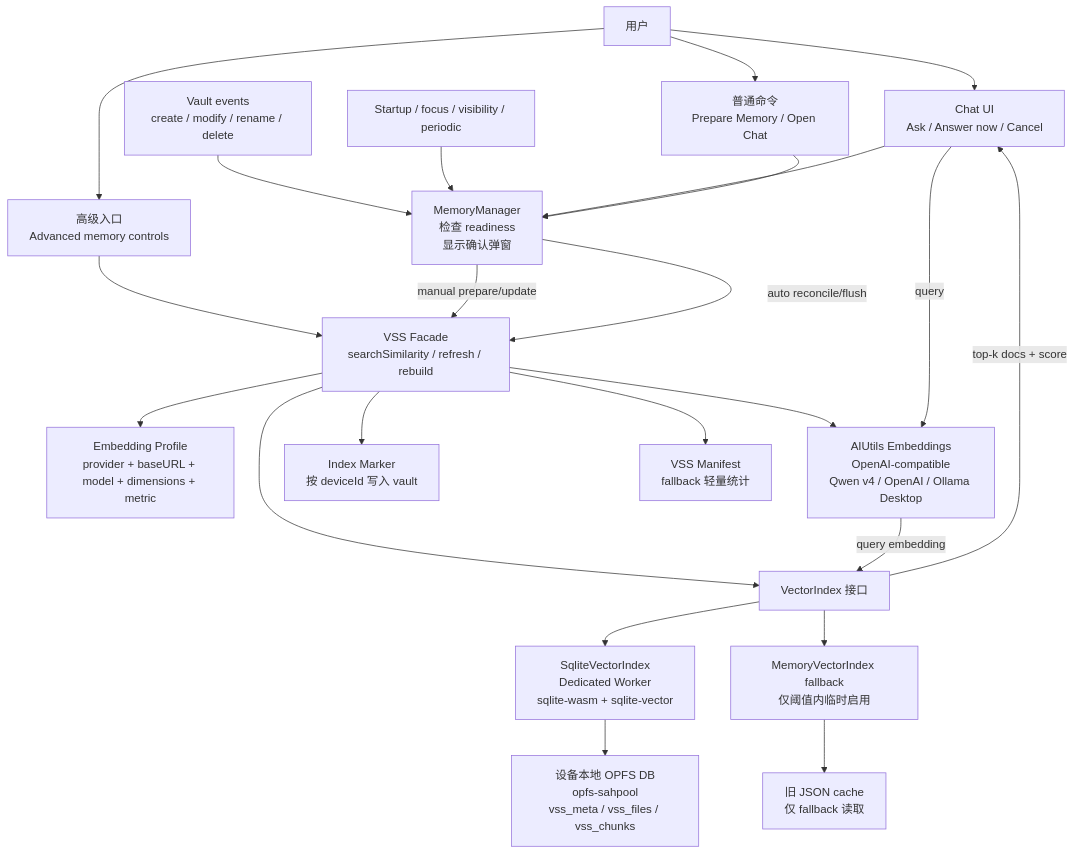
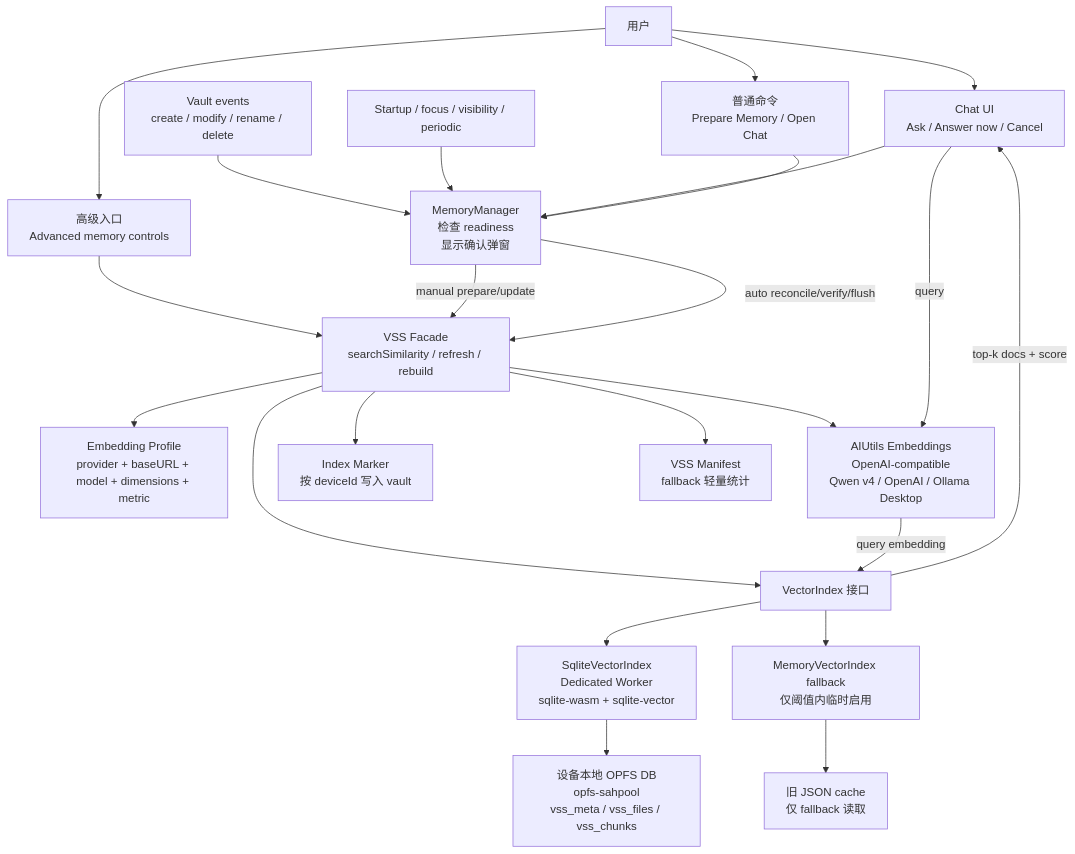
One commit to edonyzpc/personal-assistant changed the first of 5 diagrams in docs/vss-sqlite-wasm-architecture.md. Above: the diagram before and after it, drawn with Mermaid. The commit also changed other lines of this file and 1 other file, not shown here.

Commit message:
docs(memory): document verify queue maintenance

````diff
--- a/docs/vss-sqlite-wasm-architecture.md
+++ b/docs/vss-sqlite-wasm-architecture.md
@@ -48,30 +48,30 @@
 ```mermaid
 flowchart TB
   User["用户"] --> ChatUI["Chat UI\nAsk / Answer now / Cancel"]
   User --> Commands["普通命令\nPrepare Memory / Open Chat"]
   User --> Advanced["高级入口\nAdvanced memory controls"]
   Vault["Vault events\ncreate / modify / rename / delete"] --> MemoryManager
   Resume["Startup / focus / visibility / periodic"] --> MemoryManager
   ChatUI --> MemoryManager["MemoryManager\n检查 readiness\n显示确认弹窗"]
   Commands --> MemoryManager
   Advanced --> VSS["VSS Facade\nsearchSimilarity / refresh / rebuild"]
   MemoryManager -->|manual prepare/update| VSS
-  MemoryManager -->|auto reconcile/flush| VSS
+  MemoryManager -->|auto reconcile/verify/flush| VSS
 
   VSS --> Profile["Embedding Profile\nprovider + baseURL + model + dimensions + metric"]
   VSS --> Embedder["AIUtils Embeddings\nOpenAI-compatible\nQwen v4 / OpenAI / Ollama Desktop"]
 
   VSS --> Marker["Index Marker\n按 deviceId 写入 vault"]
   VSS --> Manifest["VSS Manifest\nfallback 轻量统计"]
   VSS --> IndexIF["VectorIndex 接口"]
 
   IndexIF --> SQLite["SqliteVectorIndex\nDedicated Worker\nsqlite-wasm + sqlite-vector"]
   IndexIF --> Memory["MemoryVectorIndex fallback\n仅阈值内临时启用"]
 
   SQLite --> OPFS["设备本地 OPFS DB\nopfs-sahpool\nvss_meta / vss_files / vss_chunks"]
   Memory --> Legacy["旧 JSON cache\n仅 fallback 读取"]
 
   ChatUI -->|query| Embedder
   Embedder -->|query embedding| IndexIF
   IndexIF -->|top-k docs + score| ChatUI
 ```
````
